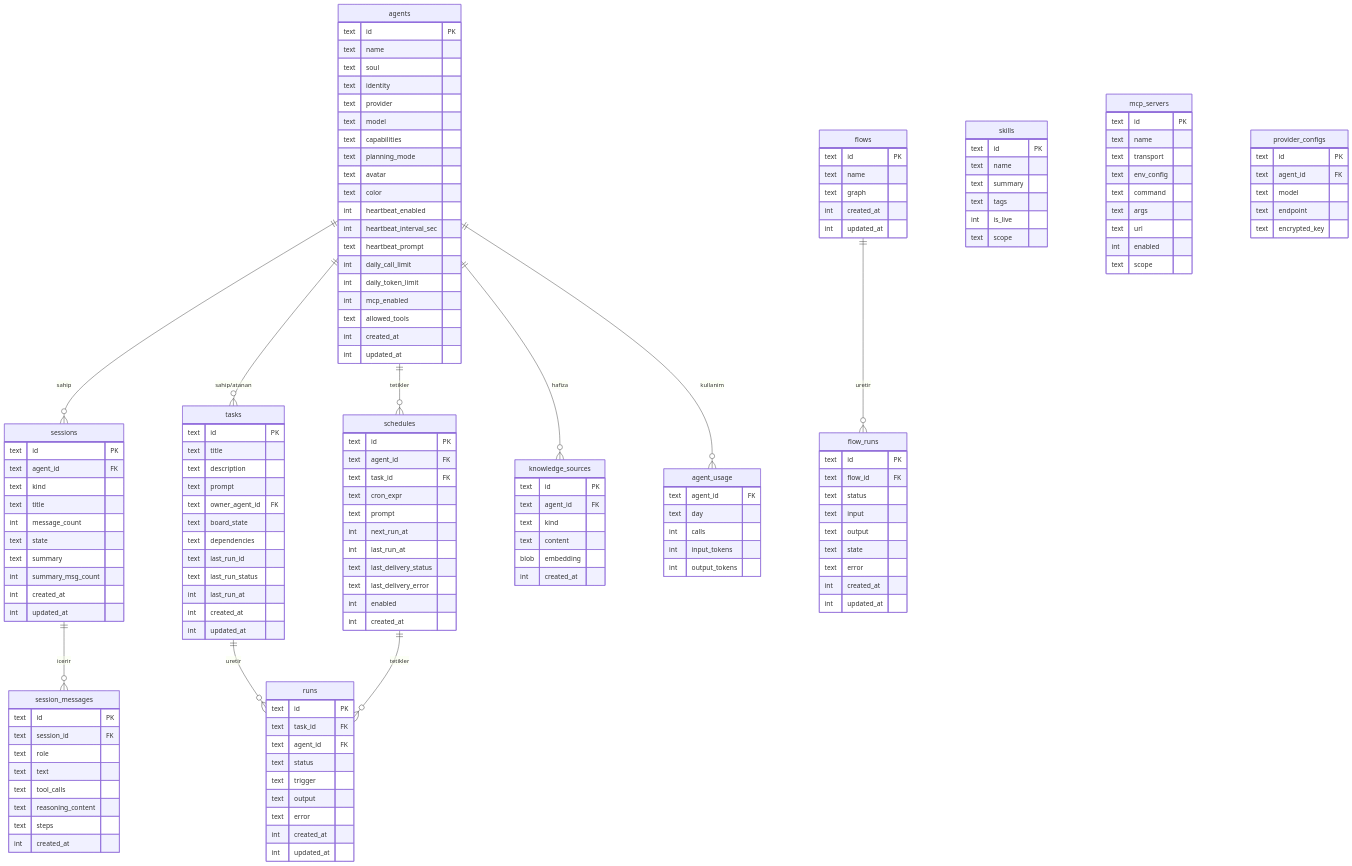
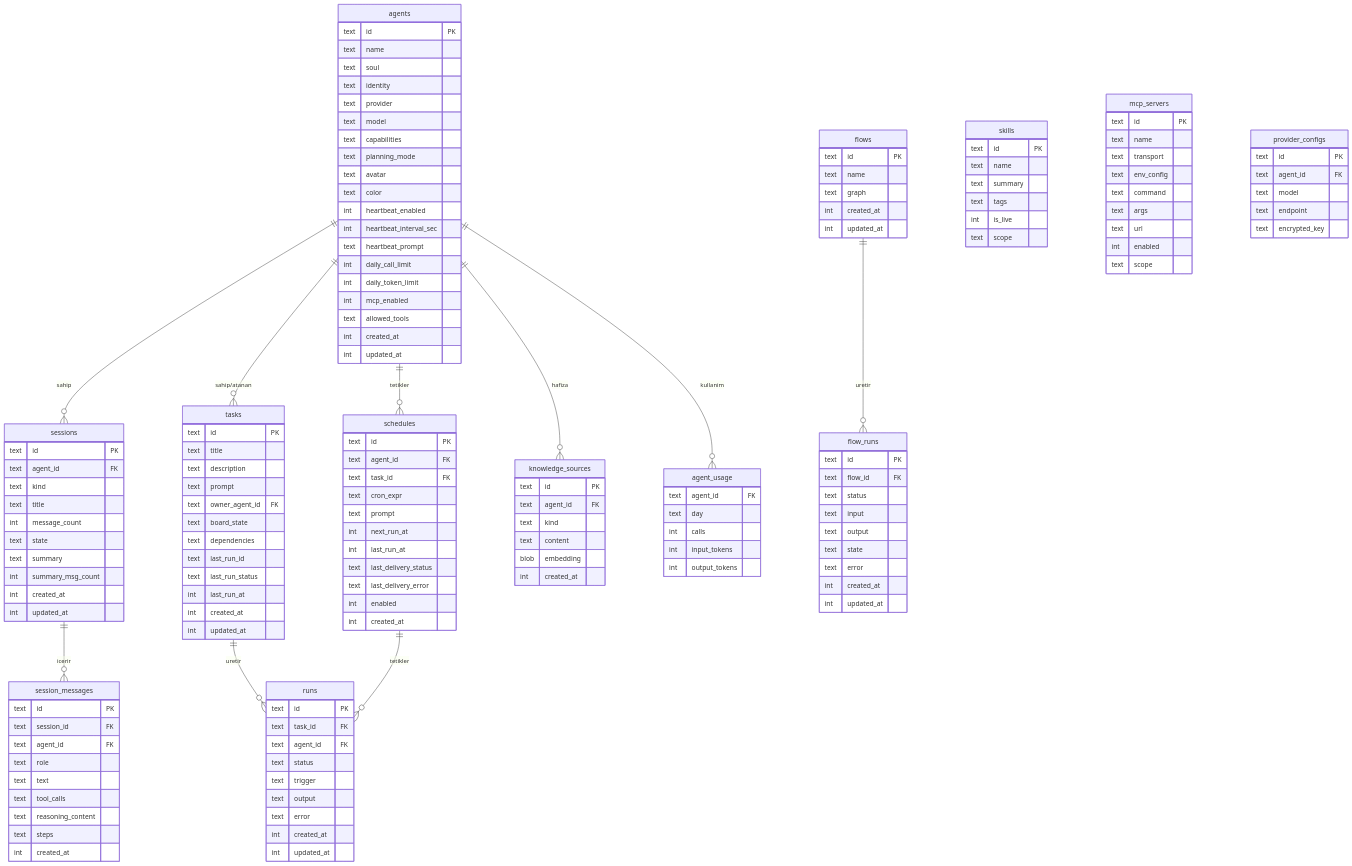
Before and after one commit to bilal-arikan/tionharness: the diagram in _Docs/02-VERI-MODELI.md, drawn with Mermaid. The commit also changed other lines of this file and 24 other files, not shown here.

```diff
--- a/_Docs/02-VERI-MODELI.md
+++ b/_Docs/02-VERI-MODELI.md
@@ -64,6 +64,7 @@
     session_messages {
         text id PK
         text session_id FK
+        text agent_id FK
         text role
         text text
         text tool_calls
```
